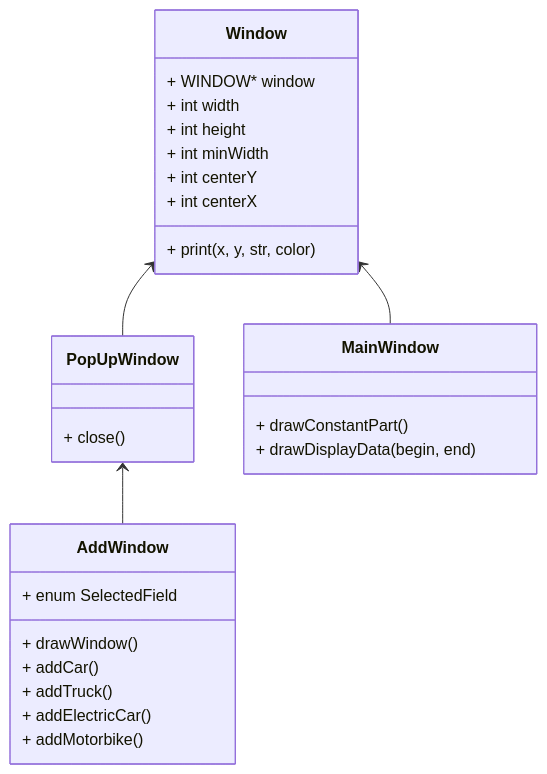
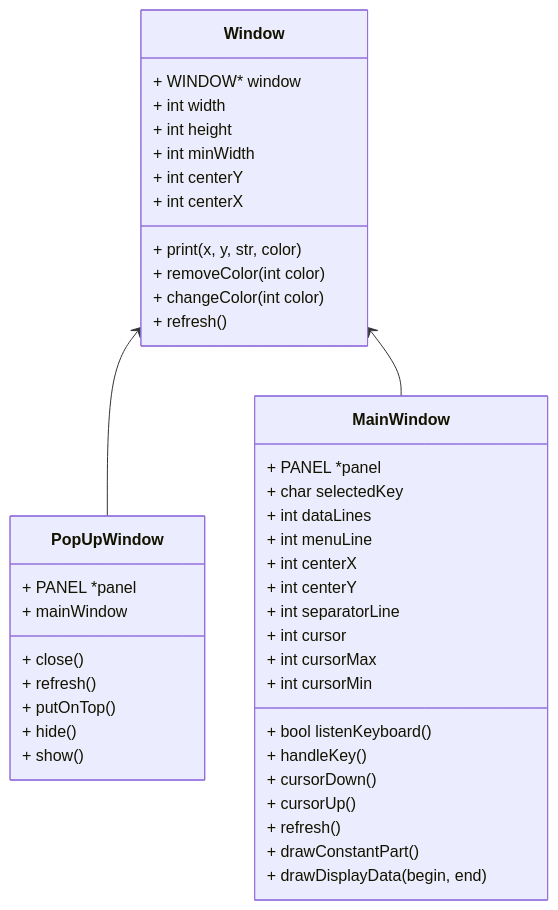
Before and after one commit to asamaranch78/swatcplusplus25Q4: the fourth of 7 diagrams in FinalProject/Readme.md, drawn with Mermaid. The commit also changed 12 other files, not shown here.

````diff
--- a/FinalProject/Readme.md
+++ b/FinalProject/Readme.md
@@ -164,30 +164,45 @@
 ```mermaid
 classDiagram
     Window <-- PopUpWindow
     Window <-- MainWindow
-    PopUpWindow <-- AddWindow
     class Window {
         + WINDOW* window
         + int width
         + int height
         + int minWidth
         + int centerY
         + int centerX 
         + print(x, y, str, color)
+        + removeColor(int color)
+        + changeColor(int color)
+        + refresh()
     }
     class PopUpWindow {
+        + PANEL *panel
+        + mainWindow
         + close()
-    }
-    class AddWindow {
-        + enum SelectedField
-        + drawWindow()
-        + addCar()
-        + addTruck()
-        + addElectricCar()
-        + addMotorbike()
+        + refresh()
+        + putOnTop()
+        + hide()
+        + show()
     }
     class MainWindow {
+        + PANEL *panel
+        + char selectedKey
+        + int dataLines
+        + int menuLine
+        + int centerX
+        + int centerY
+        + int separatorLine
+        + int cursor
+        + int cursorMax
+        + int cursorMin
+        + bool listenKeyboard()
+        + handleKey()
+        + cursorDown()
+        + cursorUp()
+        + refresh()
         + drawConstantPart()
         + drawDisplayData(begin, end)
     }
 ```
````
